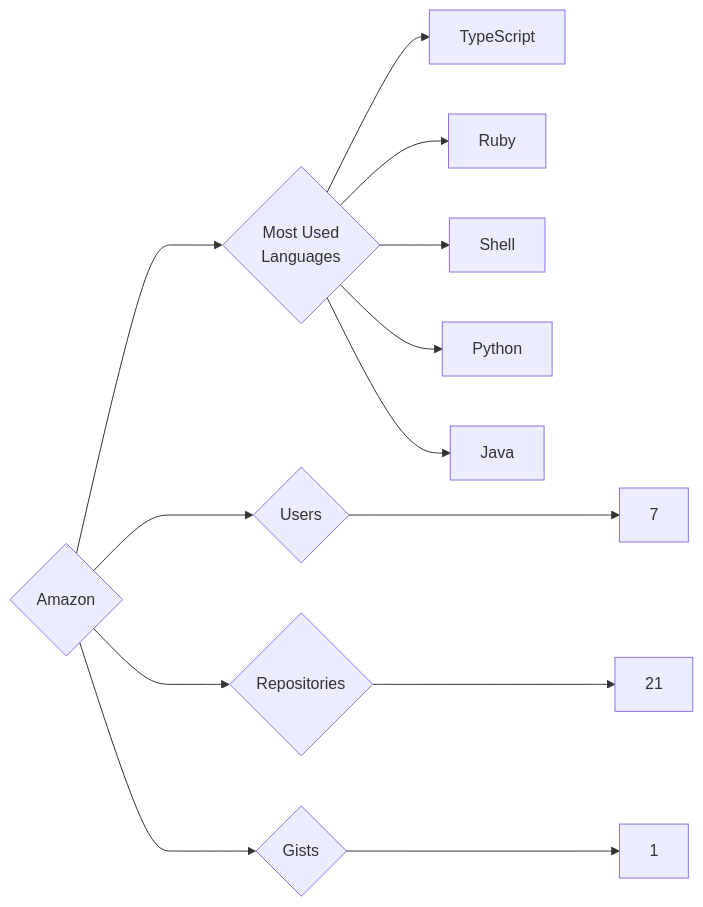
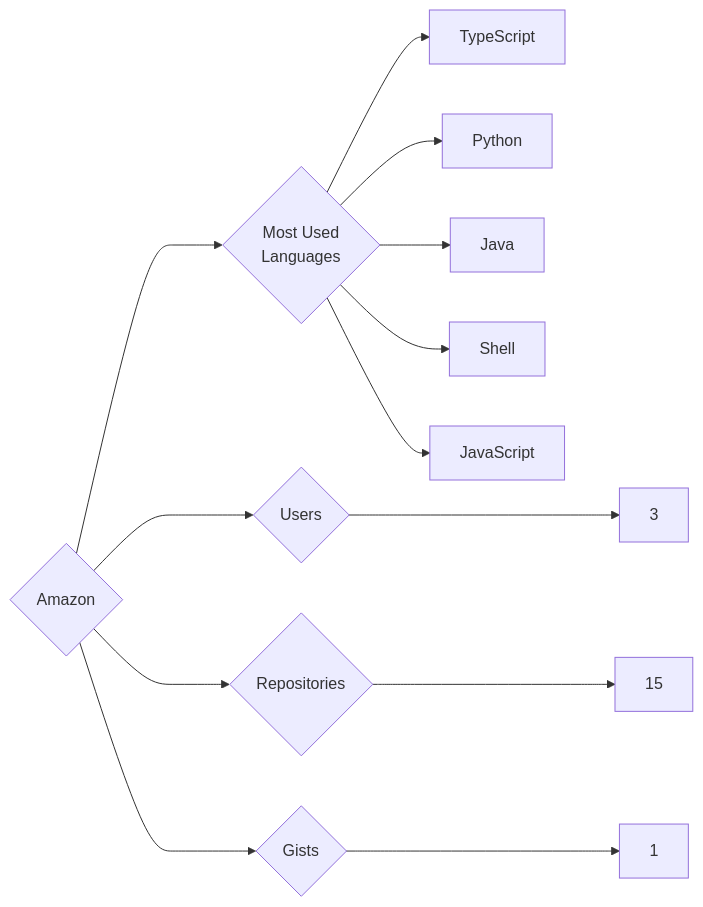
The diagram in targets/Amazon/README.md (trickest/insiders), drawn with Mermaid before and after one commit. The commit also changed 894 other files, not shown here.

````diff
--- a/targets/Amazon/README.md
+++ b/targets/Amazon/README.md
@@ -3,13 +3,13 @@
 ```mermaid
 graph LR
 COMPANY_NAME{Amazon}
-COMPANY_NAME ---> U{Users} ---> UN[7]
-COMPANY_NAME ---> R{Repositories} ---> RN[21]
+COMPANY_NAME ---> U{Users} ---> UN[3]
+COMPANY_NAME ---> R{Repositories} ---> RN[15]
 COMPANY_NAME ---> G{Gists} ---> GN[1]
 COMPANY_NAME ---> ML{Most Used<br>Languages}
 ML --> TypeScript[TypeScript]
-ML --> Ruby[Ruby]
-ML --> Shell[Shell]
 ML --> Python[Python]
 ML --> Java[Java]
+ML --> Shell[Shell]
+ML --> JavaScript[JavaScript]
 ```
````
